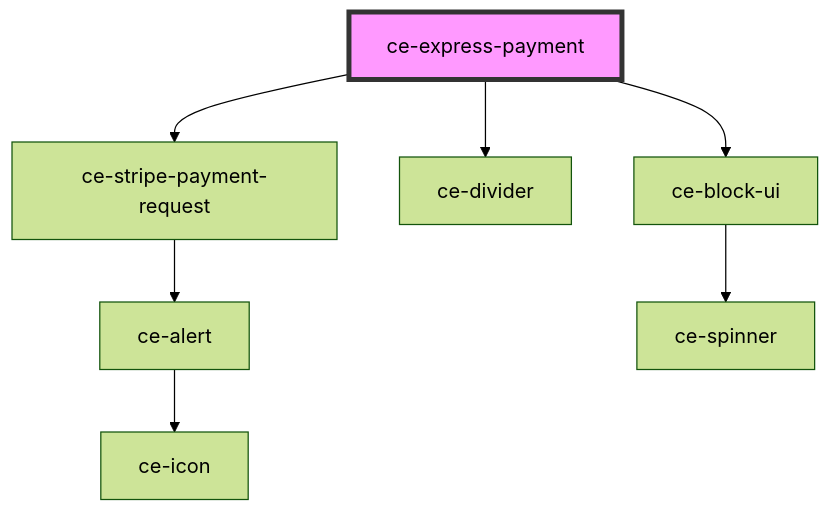
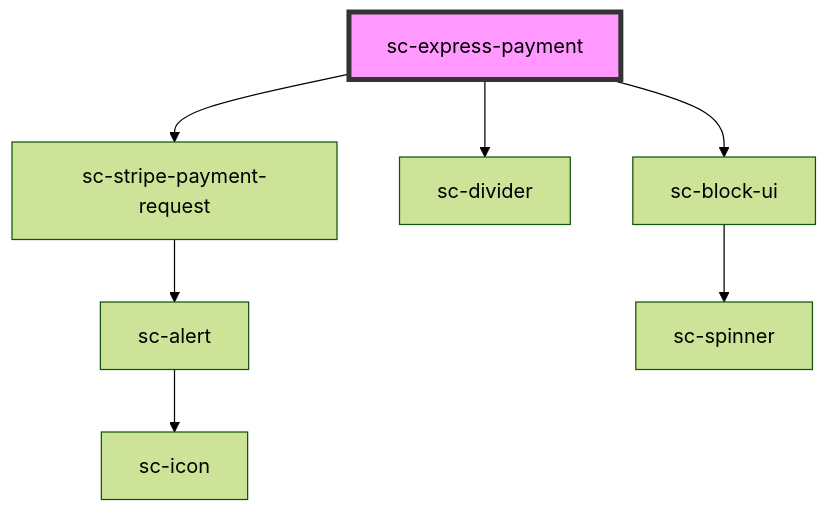
One commit to surecart/surecart-wp-plugin changed the diagram in packages/components/src/components/controllers/checkout-form/express-payment/readme.md. Above: the diagram before and after it, drawn with Mermaid (forest theme). The commit also changed other lines of this file and 1281 other files, not shown here.

````diff
--- a/packages/components/src/components/controllers/checkout-form/express-payment/readme.md
+++ b/packages/components/src/components/controllers/checkout-form/express-payment/readme.md
@@ -29,10 +29,10 @@
 ```mermaid
 graph TD;
-  ce-express-payment --> ce-stripe-payment-request
-  ce-express-payment --> ce-divider
-  ce-express-payment --> ce-block-ui
-  ce-stripe-payment-request --> ce-alert
-  ce-alert --> ce-icon
-  ce-block-ui --> ce-spinner
-  style ce-express-payment fill:#f9f,stroke:#333,stroke-width:4px
+  sc-express-payment --> sc-stripe-payment-request
+  sc-express-payment --> sc-divider
+  sc-express-payment --> sc-block-ui
+  sc-stripe-payment-request --> sc-alert
+  sc-alert --> sc-icon
+  sc-block-ui --> sc-spinner
+  style sc-express-payment fill:#f9f,stroke:#333,stroke-width:4px
 ```
````
